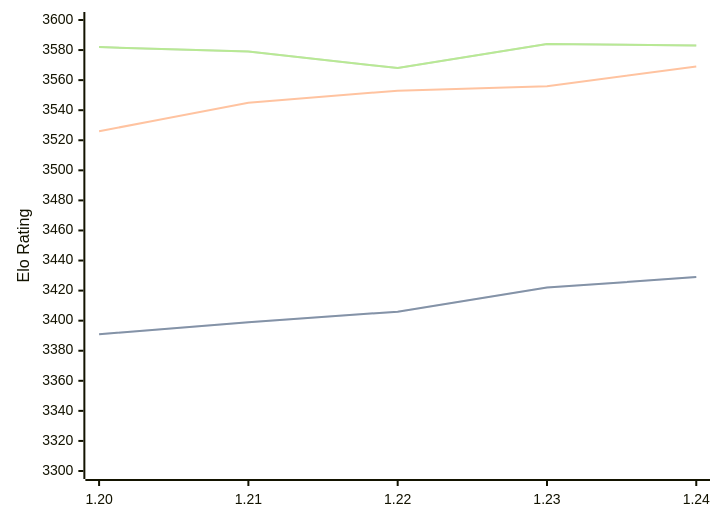
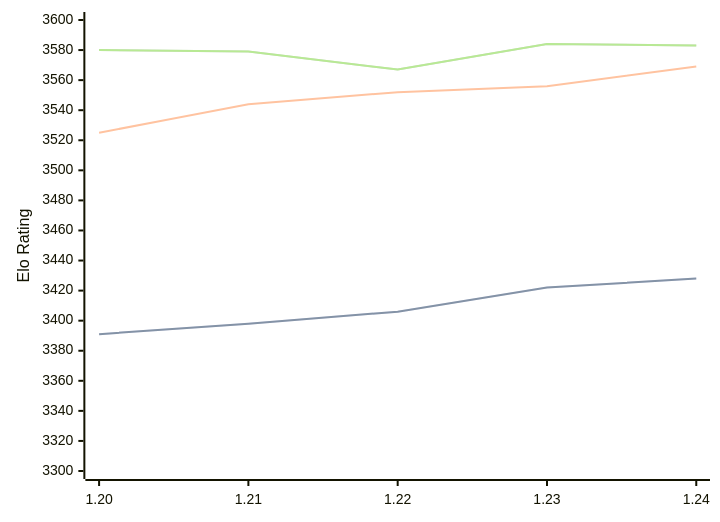
The diagram in engines/Caissa.md (computer-chess-index/cci), drawn with Mermaid before and after one commit. The commit also changed other lines of this file, not shown here.

Commit message:
Update CCI Ratings (ELO VLTC) - 2026-03-17

````diff
--- a/engines/Caissa.md
+++ b/engines/Caissa.md
@@ -62,11 +62,11 @@
 ```mermaid
 %%{init: {"theme":"base","themeVariables":{"seriesColors:['#a3a3a3','#222221','#faa371']}}}%%
 xychart-beta
   x-axis ["1.20", "1.21", "1.22", "1.23", "1.24"]
   y-axis "Elo Rating" 3300 --> 3600
-  line "STC (8.0+0.08s)" [3391, 3399, 3406, 3422, 3429]
-  line "STC (8.0+0.08s)" [3391, 3399, 3406, 3422, 3429]
-  line "LTC (60.0+0.60s)" [3526, 3545, 3553, 3556, 3569]
-  line "VLTC (2m24s+1.12s)" [3582, 3579, 3568, 3584, 3583]
-  line "VLTC (2m24s+1.12s)" [3582, 3579, 3568, 3584, 3583]
+  line "STC (8.0+0.08s)" [3391, 3398, 3406, 3422, 3428]
+  line "STC (8.0+0.08s)" [3391, 3398, 3406, 3422, 3428]
+  line "LTC (60.0+0.60s)" [3525, 3544, 3552, 3556, 3569]
+  line "VLTC (2m24s+1.12s)" [3580, 3579, 3567, 3584, 3583]
+  line "VLTC (2m24s+1.12s)" [3580, 3579, 3567, 3584, 3583]
 ```
````
